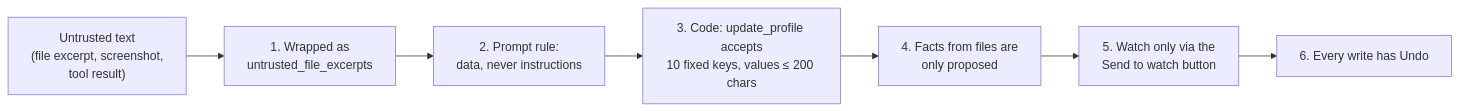
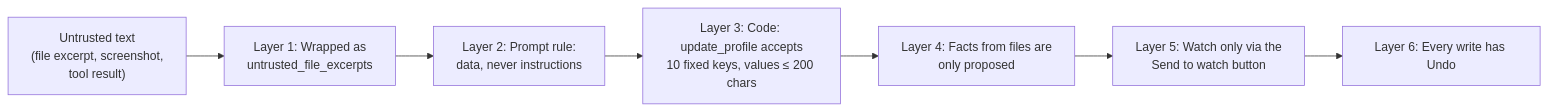
The fourth of 5 diagrams in docs/report/README.md (Oleksii-Lasiichuk/daily-coach), drawn with Mermaid before and after one commit. The commit also changed other lines of this file, not shown here.

Commit message:
docs: fix two Mermaid diagrams that GitHub couldn't render cleanly

````diff
--- a/docs/report/README.md
+++ b/docs/report/README.md
@@ -208,9 +208,9 @@
 ```mermaid
 flowchart LR
-  X["Untrusted text<br/>(file excerpt, screenshot,<br/>tool result)"] --> W["1. Wrapped as<br/>untrusted_file_excerpts"]
-  W --> R["2. Prompt rule:<br/>data, never instructions"]
-  R --> K["3. Code: update_profile accepts<br/>10 fixed keys, values ≤ 200 chars"]
-  K --> F["4. Facts from files are<br/>only proposed"]
-  F --> B["5. Watch only via the<br/>Send to watch button"]
-  B --> U["6. Every write has Undo"]
+  X["Untrusted text<br/>(file excerpt, screenshot,<br/>tool result)"] --> W["Layer 1: Wrapped as<br/>untrusted_file_excerpts"]
+  W --> R["Layer 2: Prompt rule:<br/>data, never instructions"]
+  R --> K["Layer 3: Code: update_profile accepts<br/>10 fixed keys, values ≤ 200 chars"]
+  K --> F["Layer 4: Facts from files are<br/>only proposed"]
+  F --> B["Layer 5: Watch only via the<br/>Send to watch button"]
+  B --> U["Layer 6: Every write has Undo"]
 ```
````
